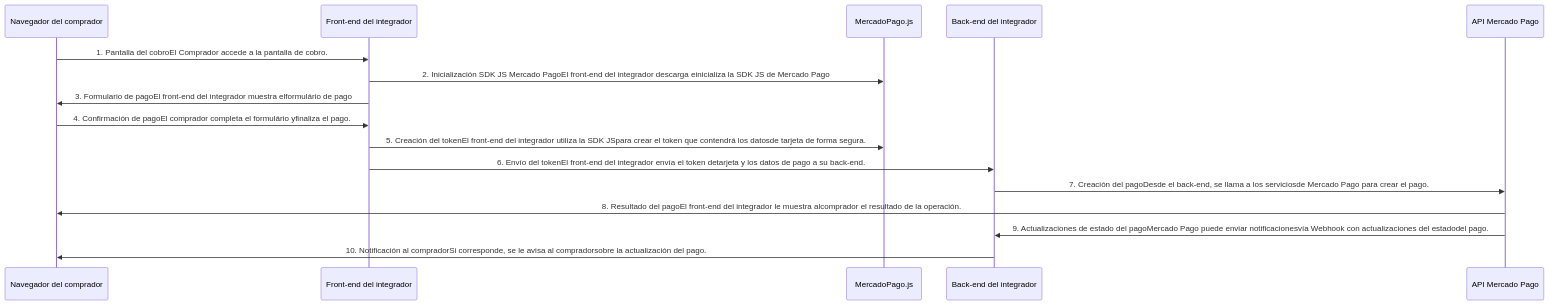
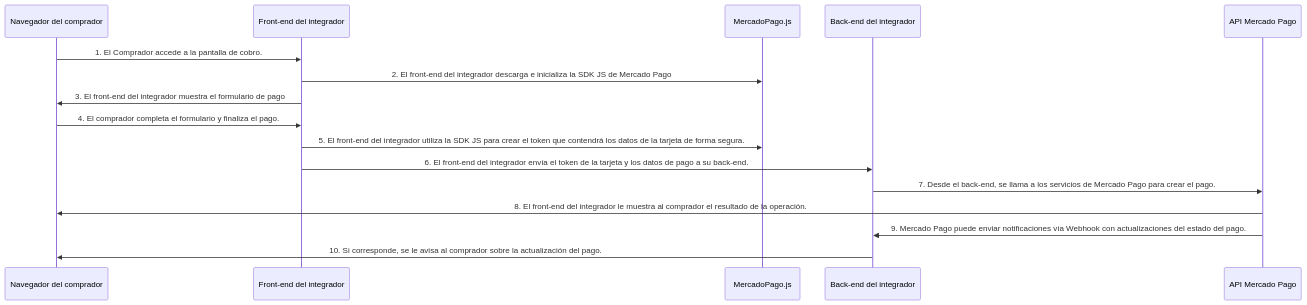
The first of 2 diagrams in guides/checkout-api-orders/payment-integration-cards.es.md (22Neves/devsite-docs), drawn with Mermaid before and after one commit. The commit also changed other lines of this file and 9 other files, not shown here.

```diff
--- a/guides/checkout-api-orders/payment-integration-cards.es.md
+++ b/guides/checkout-api-orders/payment-integration-cards.es.md
@@ -16,18 +16,18 @@
 <pre class="mermaid">
   sequenceDiagram
       participant Navegador del comprador
       participant Front-end del integrador
       participant MercadoPago.js
       participant Back-end del integrador
       participant API Mercado Pago
-      Navegador del comprador->>Front-end del integrador: 1. Pantalla del cobroEl Comprador accede a la pantalla de cobro.
-      Front-end del integrador->>MercadoPago.js: 2. Inicialización SDK JS Mercado PagoEl front-end del integrador descarga einicializa la SDK JS de Mercado Pago
-      Front-end del integrador->>Navegador del comprador: 3. Formulario de pagoEl front-end del integrador muestra elformulário de pago
-      Navegador del comprador->>Front-end del integrador: 4. Confirmación de pagoEl comprador completa el formulário yfinaliza el pago.
-      Front-end del integrador->>MercadoPago.js: 5. Creación del tokenEl front-end del integrador utiliza la SDK JSpara crear el token que contendrá los datosde tarjeta de forma segura.
-      Front-end del integrador->>Back-end del integrador: 6. Envío del tokenEl front-end del integrador envía el token detarjeta y los datos de pago a su back-end.
-      Back-end del integrador->>API Mercado Pago: 7. Creación del pagoDesde el back-end, se llama a los serviciosde Mercado Pago para crear el pago.
-      API Mercado Pago->>Navegador del comprador: 8. Resultado del pagoEl front-end del integrador le muestra alcomprador el resultado de la operación.
-      API Mercado Pago->>Back-end del integrador: 9. Actualizaciones de estado del pagoMercado Pago puede enviar notificacionesvía Webhook con actualizaciones del estadodel pago.
-      Back-end del integrador->>Navegador del comprador: 10. Notificación al compradorSi corresponde, se le avisa al compradorsobre la actualización del pago.
+      Navegador del comprador->>Front-end del integrador: 1. El Comprador accede a la pantalla de cobro.
+      Front-end del integrador->>MercadoPago.js: 2. El front-end del integrador descarga e inicializa la SDK JS de Mercado Pago
+      Front-end del integrador->>Navegador del comprador: 3. El front-end del integrador muestra el formulario de pago
+      Navegador del comprador->>Front-end del integrador: 4. El comprador completa el formulario y finaliza el pago.
+      Front-end del integrador->>MercadoPago.js: 5. El front-end del integrador utiliza la SDK JS para crear el token que contendrá los datos de la tarjeta de forma segura.
+      Front-end del integrador->>Back-end del integrador: 6. El front-end del integrador envía el token de la tarjeta y los datos de pago a su back-end.
+      Back-end del integrador->>API Mercado Pago: 7. Desde el back-end, se llama a los servicios de Mercado Pago para crear el pago.
+      API Mercado Pago->>Navegador del comprador: 8. El front-end del integrador le muestra al comprador el resultado de la operación.
+      API Mercado Pago->>Back-end del integrador: 9. Mercado Pago puede enviar notificaciones vía Webhook con actualizaciones del estado del pago.
+      Back-end del integrador->>Navegador del comprador: 10. Si corresponde, se le avisa al comprador sobre la actualización del pago.
 </pre>
```
